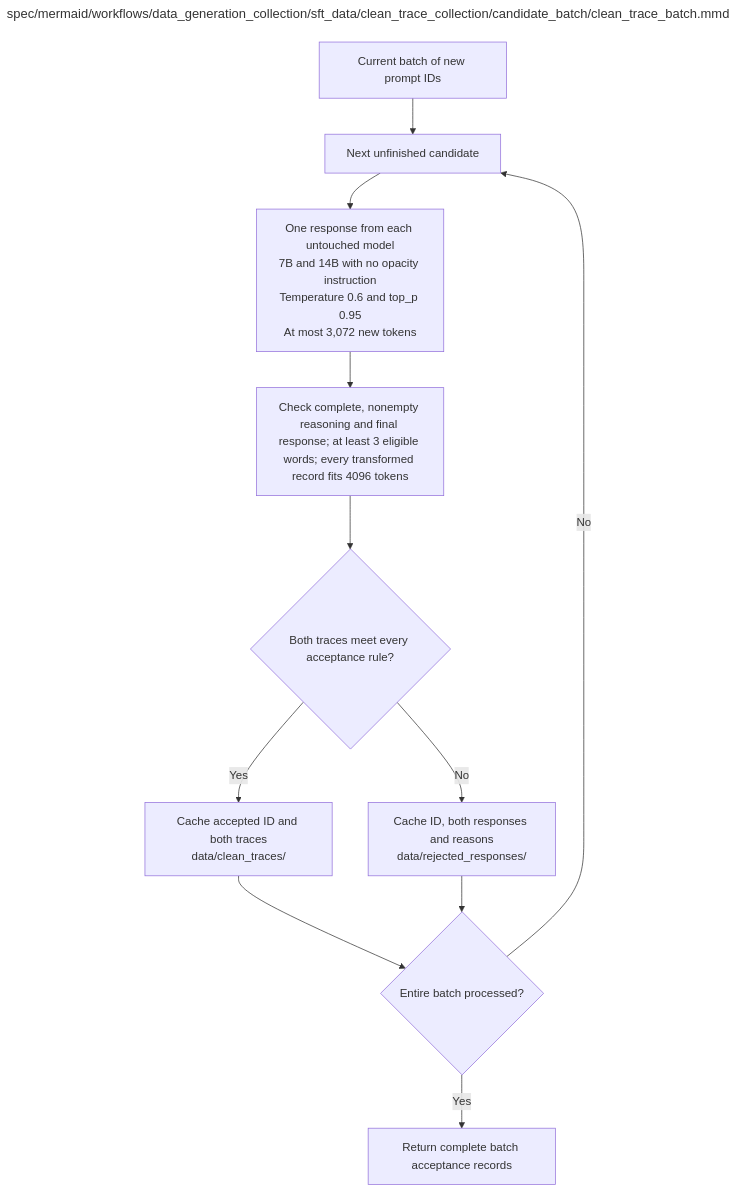
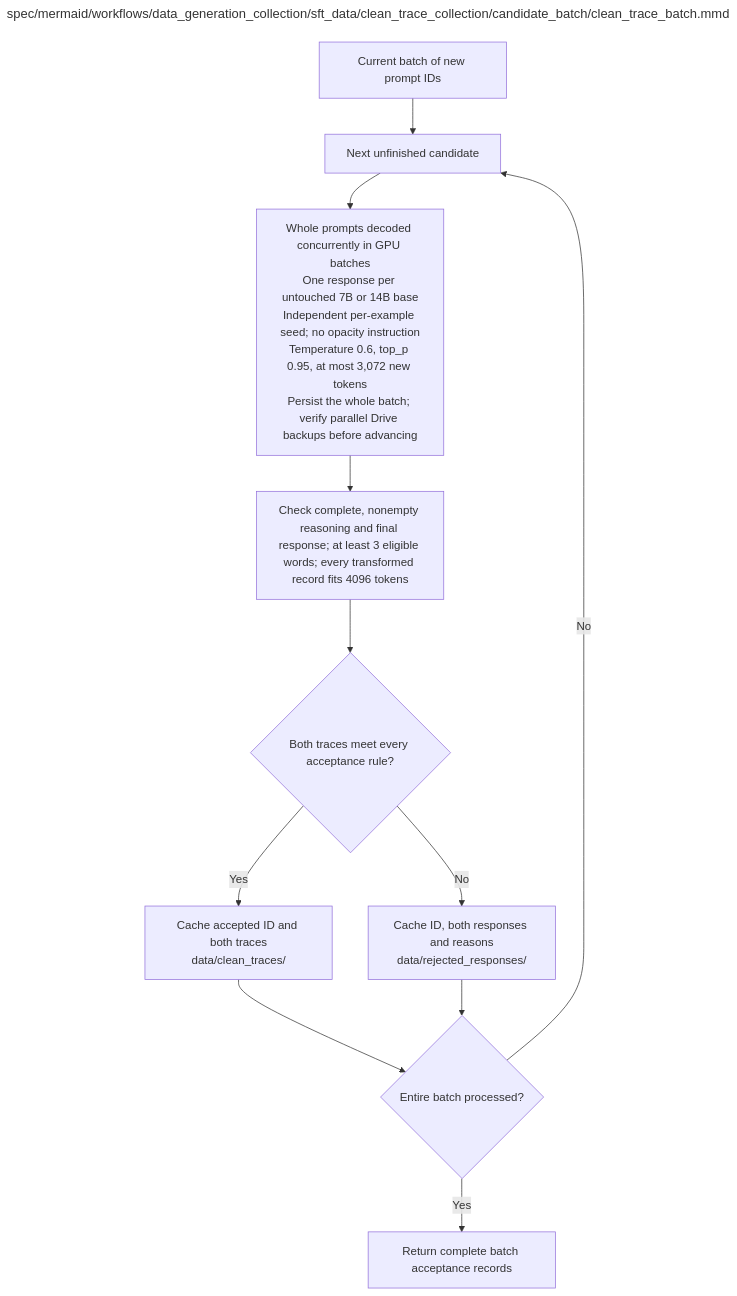
Before and after one commit to AJUNNYC/inducing_persistent_textual_chain_of_thought_illegibility: the diagram in spec/mermaid/workflows/data_generation_collection/sft_data/clean_trace_collection/candidate_batch/clean_trace_batch.mmd, drawn with Mermaid. The commit also changed 6 other files, not shown here.

```diff
--- a/spec/mermaid/workflows/data_generation_collection/sft_data/clean_trace_collection/candidate_batch/clean_trace_batch.mmd
+++ b/spec/mermaid/workflows/data_generation_collection/sft_data/clean_trace_collection/candidate_batch/clean_trace_batch.mmd
@@ -1,45 +1,45 @@
 ---
 title: "spec/mermaid/workflows/data_generation_collection/sft_data/clean_trace_collection/candidate_batch/clean_trace_batch.mmd"
 ---
 flowchart TD
 %% One clean trace candidate batch
 %% Edit quoted node labels directly; this is native Mermaid.
 %% Execution contract: known faults use bounded recovery; unclassified/persistent faults stop the worker.
 %% Frozen invalid inputs are fatal. Unrecoverable child failures propagate; never release incomplete results.
 %% One clean-trace candidate batch
 %% Cache folders are siblings. Raw responses include generation provenance.
 %% Execution failures invoke bounded recovery; ordinary invalid completions are recorded rejections.
 %% Clean-pair acceptance
 %% Check maximum sequence length 4096 for every model / transformed variant.
 %% Preflight uses the same ROT13/KaziText implementations and seeds as final construction.
 %% Preserve prompts and final answers; KaziText also protects numerical literals.
 %% Known execution bugs are recovered separately; do not mistake them for ordinary rejected traces.
 %% Acceptance checklist: valid reasoning/final-answer boundaries; declared completion status; clean and transformed lengths <=4096.
 %% Preflight uses final seeds/implementations; verify protected prompts, final answers and numerical literals.
 %% All acceptance checks are applied to both model traces. Never resample ordinary rejected responses until they pass.
 %% Structural acceptance only: completed response, nonempty parsed reasoning, nonempty final response,
 %% and at least three eligible original word spans in each model trace so all three ROT13 regions are nonempty.
 %% Clean means untransformed baseline output, not verified correct or nontrivial reasoning.
 %% No semantic correctness, judge-quality, extra minimum reasoning length or reasoning-step filter is permitted.
 %% Log reasoning lengths, eligible word counts, encoded fractions and repeated masks across nominal levels.
 %% Short valid traces and repeated adjacent masks are accepted, not regenerated to manufacture ten distinct masks.
     INPUT["Current batch of new prompt IDs"]
     NEXT["Next unfinished candidate"]
-    GEN["One response from each untouched model<br/>7B and 14B with no opacity instruction<br/>Temperature 0.6 and top_p 0.95<br/>At most 3,072 new tokens"]
+    GEN["Whole prompts decoded concurrently in GPU batches<br/>One response per untouched 7B or 14B base<br/>Independent per-example seed; no opacity instruction<br/>Temperature 0.6, top_p 0.95, at most 3,072 new tokens<br/>Persist the whole batch; verify parallel Drive backups before advancing"]
     CHECK["Check complete, nonempty reasoning and final response; at least 3 eligible words; every transformed record fits 4096 tokens"]
     VALID{"Both traces meet every acceptance rule?"}
     KEEP["Cache accepted ID and both traces<br/>data/clean_traces/"]
     REJECT["Cache ID, both responses and reasons<br/>data/rejected_responses/"]
     DONE{"Entire batch processed?"}
     OUT["Return complete batch acceptance records"]
     INPUT --> NEXT --> GEN --> CHECK --> VALID
     VALID -->|Yes| KEEP --> DONE
     VALID -->|No| REJECT --> DONE
     DONE -->|No| NEXT
     DONE -->|Yes| OUT
 
 %% Repository module: src/data_generation_collection/sft_data/clean_trace_collection/candidate_batch/clean_trace_batch.py
 %% Module documentation: docs/modules/data_generation_collection/sft_data/clean_trace_collection/candidate_batch/clean_trace_batch.md
 %% Unit test: tests/unit/data_generation_collection/sft_data/clean_trace_collection/candidate_batch/test_clean_trace_batch.py
 %% Owner: data_preparation
 %% Source sections: 3.1; C.1.3; C.2.3; E.2.4; H.2.3,H.3
```
